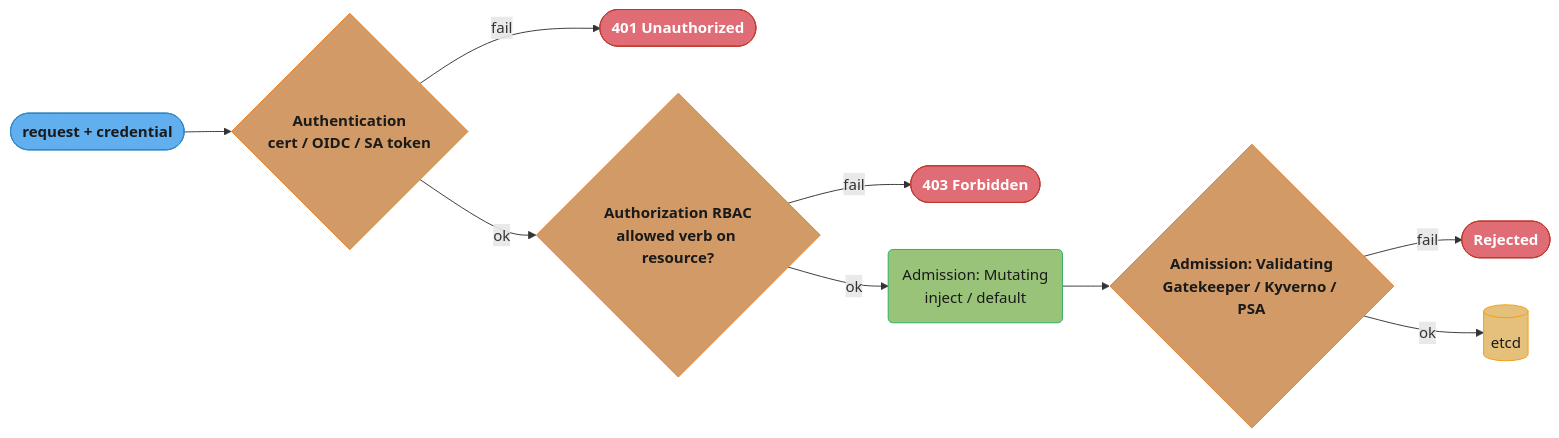
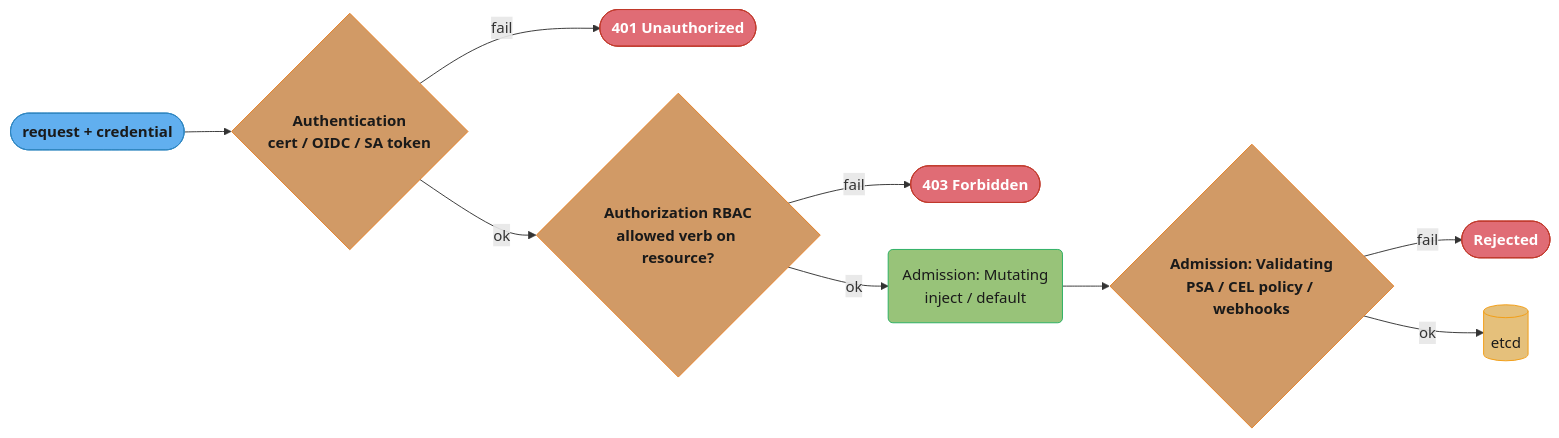
One commit to rppol/system-design changed the second of 5 diagrams in src/main/java/com/rutik/systemdesign/devops/kubernetes_security/kubernetes_security.md. Above: the diagram before and after it, drawn with Mermaid. The commit also changed other lines of this file and 32 other files, not shown here.

````diff
--- a/src/main/java/com/rutik/systemdesign/devops/kubernetes_security/kubernetes_security.md
+++ b/src/main/java/com/rutik/systemdesign/devops/kubernetes_security/kubernetes_security.md
@@ -132,25 +132,25 @@
 ```mermaid
 flowchart LR
     classDef io      fill:#61afef,stroke:#2e86c1,color:#1a1a1a,font-weight:bold
     classDef frozen  fill:#c678dd,stroke:#9b59b6,color:#fff
     classDef train   fill:#98c379,stroke:#27ae60,color:#1a1a1a
     classDef mathOp  fill:#d19a66,stroke:#e67e22,color:#1a1a1a,font-weight:bold
     classDef lossN   fill:#e06c75,stroke:#c0392b,color:#fff,font-weight:bold
     classDef req     fill:#56b6c2,stroke:#0097a7,color:#1a1a1a
     classDef base    fill:#e5c07b,stroke:#f39c12,color:#1a1a1a
 
     reqIn(["request + credential"]) --> authn{"Authentication<br/>cert / OIDC / SA token"}
     authn -->|"fail"| e401(["401 Unauthorized"])
     authn -->|"ok"| authz{"Authorization RBAC<br/>allowed verb on resource?"}
     authz -->|"fail"| e403(["403 Forbidden"])
     authz -->|"ok"| mut("Admission: Mutating<br/>inject / default")
-    mut --> val{"Admission: Validating<br/>Gatekeeper / Kyverno / PSA"}
+    mut --> val{"Admission: Validating<br/>PSA / CEL policy / webhooks"}
     val -->|"fail"| erej(["Rejected"])
     val -->|"ok"| etcd[("etcd")]
 
     class reqIn io
     class authn,authz,val mathOp
     class e401,e403,erej lossN
     class mut train
     class etcd base
 ```
````
